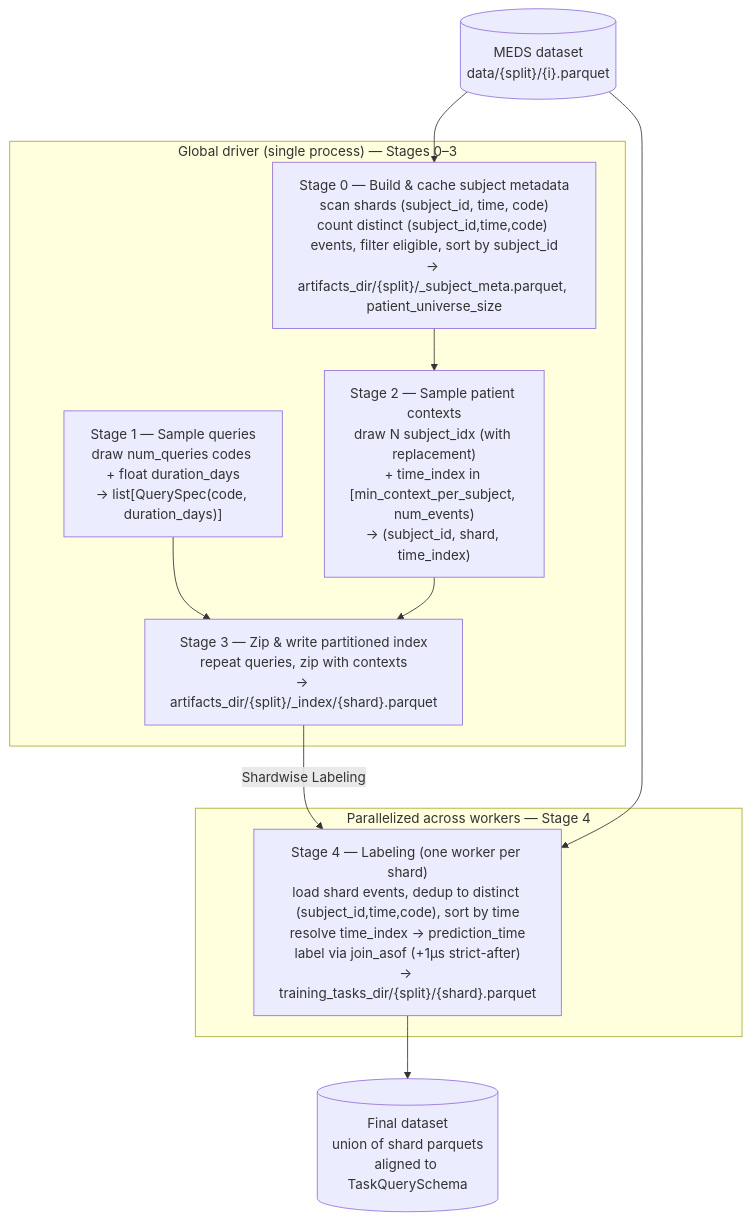
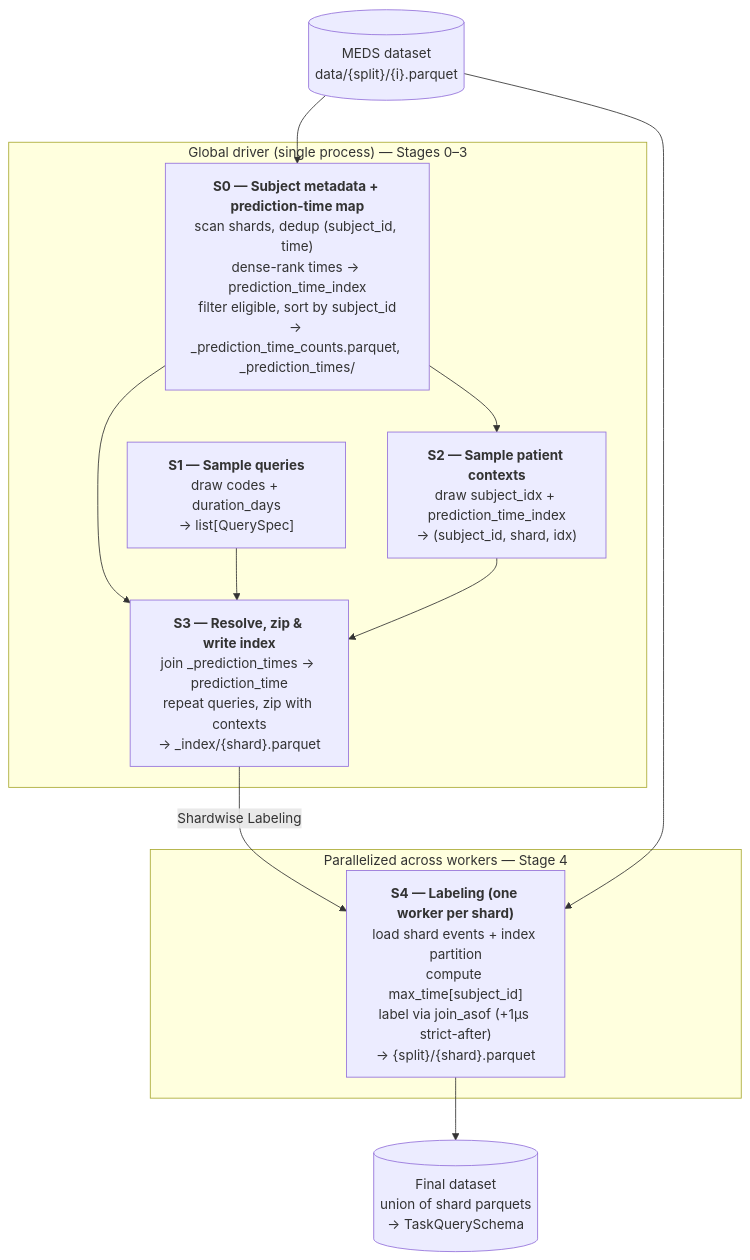
Before and after one commit to payalchandak/EveryQuery: the diagram in src/every_query/generate_tasks/redesign-spec.md, drawn with Mermaid. The commit also changed other lines of this file, not shown here.

Commit message:
made pipeline built around unique prediction times instead of events, simplified prose

````diff
--- a/src/every_query/generate_tasks/redesign-spec.md
+++ b/src/every_query/generate_tasks/redesign-spec.md
@@ -5,25 +17,26 @@
 ```mermaid
 flowchart TD
     subgraph driver["Global driver (single process) — Stages 0–3"]
-        S0["Stage 0 — Build & cache subject metadata<br/>scan shards (subject_id, time, code)<br/>count distinct (subject_id,time,code) events, filter eligible, sort by subject_id<br/>→ artifacts_dir/{split}/_subject_meta.parquet, patient_universe_size"]
-        S1["Stage 1 — Sample queries<br/>draw num_queries codes + float duration_days<br/>→ list[QuerySpec(code, duration_days)]"]
-        S2["Stage 2 — Sample patient contexts<br/>draw N subject_idx (with replacement)<br/>+ time_index in [min_context_per_subject, num_events)<br/>→ (subject_id, shard, time_index)"]
-        S3["Stage 3 — Zip & write partitioned index<br/>repeat queries, zip with contexts<br/>→ artifacts_dir/{split}/_index/{shard}.parquet"]
+        S0["<b>S0 — Subject metadata + prediction-time map</b><br/>scan shards, dedup (subject_id, time)<br/>dense-rank times → prediction_time_index<br/>filter eligible, sort by subject_id<br/>→ _prediction_time_counts.parquet, _prediction_times/"]
+        S1["<b>S1 — Sample queries</b><br/>draw codes + duration_days<br/>→ list[QuerySpec]"]
+        S2["<b>S2 — Sample patient contexts</b><br/>draw subject_idx + prediction_time_index<br/>→ (subject_id, shard, idx)"]
+        S3["<b>S3 — Resolve, zip & write index</b><br/>join _prediction_times → prediction_time<br/>repeat queries, zip with contexts<br/>→ _index/{shard}.parquet"]
         S0 --> S2
+        S0 --> S3
         S1 --> S3
         S2 --> S3
     end
 
     S3 -- "Shardwise Labeling" --> S4
 
     subgraph workers["Parallelized across workers — Stage 4"]
-        S4["Stage 4 — Labeling (one worker per shard)<br/>load shard events, dedup to distinct (subject_id,time,code), sort by time<br/>resolve time_index → prediction_time<br/>label via join_asof (+1µs strict-after)<br/>→ training_tasks_dir/{split}/{shard}.parquet"]
+        S4["<b>S4 — Labeling (one worker per shard)</b><br/>load shard events + index partition<br/>compute max_time[subject_id]<br/>label via join_asof (+1µs strict-after)<br/>→ {split}/{shard}.parquet"]
     end
 
     meds[("MEDS dataset<br/>data/{split}/{i}.parquet")]
-    out[("Final dataset<br/>union of shard parquets<br/>aligned to TaskQuerySchema")]
+    out[("Final dataset<br/>union of shard parquets<br/>→ TaskQuerySchema")]
 
     meds --> S0
     meds --> S4
     S4 --> out
 ```
````
